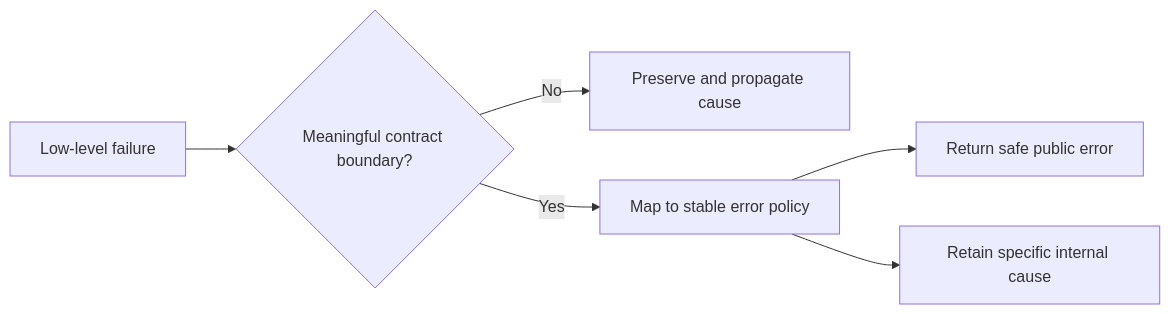
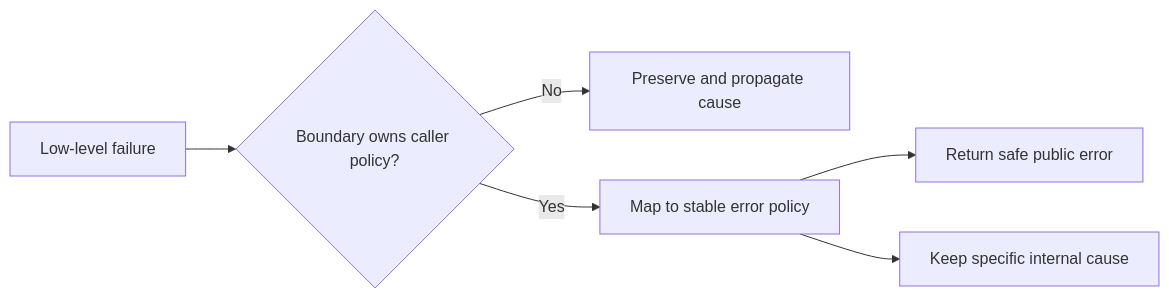
Before and after one commit to HomericIntelligence/Athena: the diagram in docs/principles/details/p029-generalize-error-policy-preserve-specific-cause.md, drawn with Mermaid. The commit also changed other lines of this file and 91 other files, not shown here.

````diff
--- a/docs/principles/details/p029-generalize-error-policy-preserve-specific-cause.md
+++ b/docs/principles/details/p029-generalize-error-policy-preserve-specific-cause.md
@@ -35,8 +36,8 @@
 ```mermaid
 flowchart LR
-    Failure["Low-level failure"] --> Boundary{"Meaningful contract boundary?"}
+    Failure["Low-level failure"] --> Boundary{"Boundary owns caller policy?"}
     Boundary -->|No| Propagate["Preserve and propagate cause"]
     Boundary -->|Yes| Policy["Map to stable error policy"]
     Policy --> Public["Return safe public error"]
-    Policy --> Evidence["Retain specific internal cause"]
+    Policy --> Evidence["Keep specific internal cause"]
 ```
````
